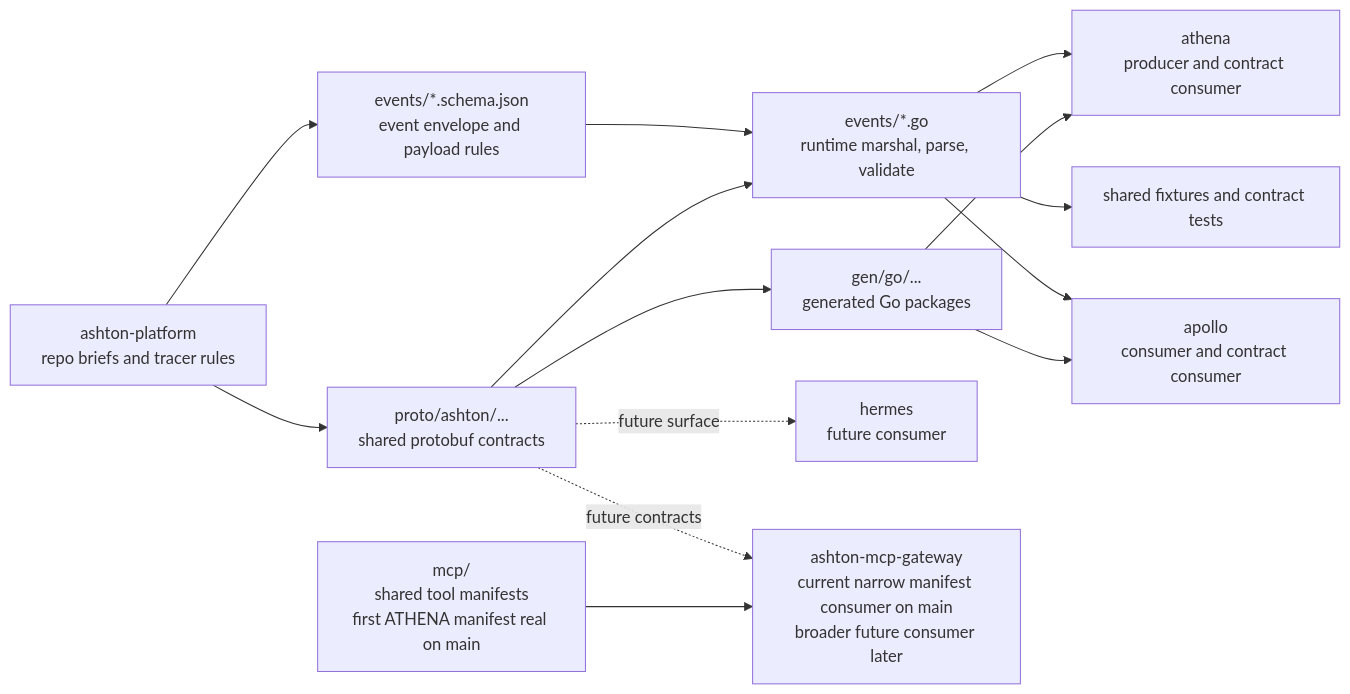
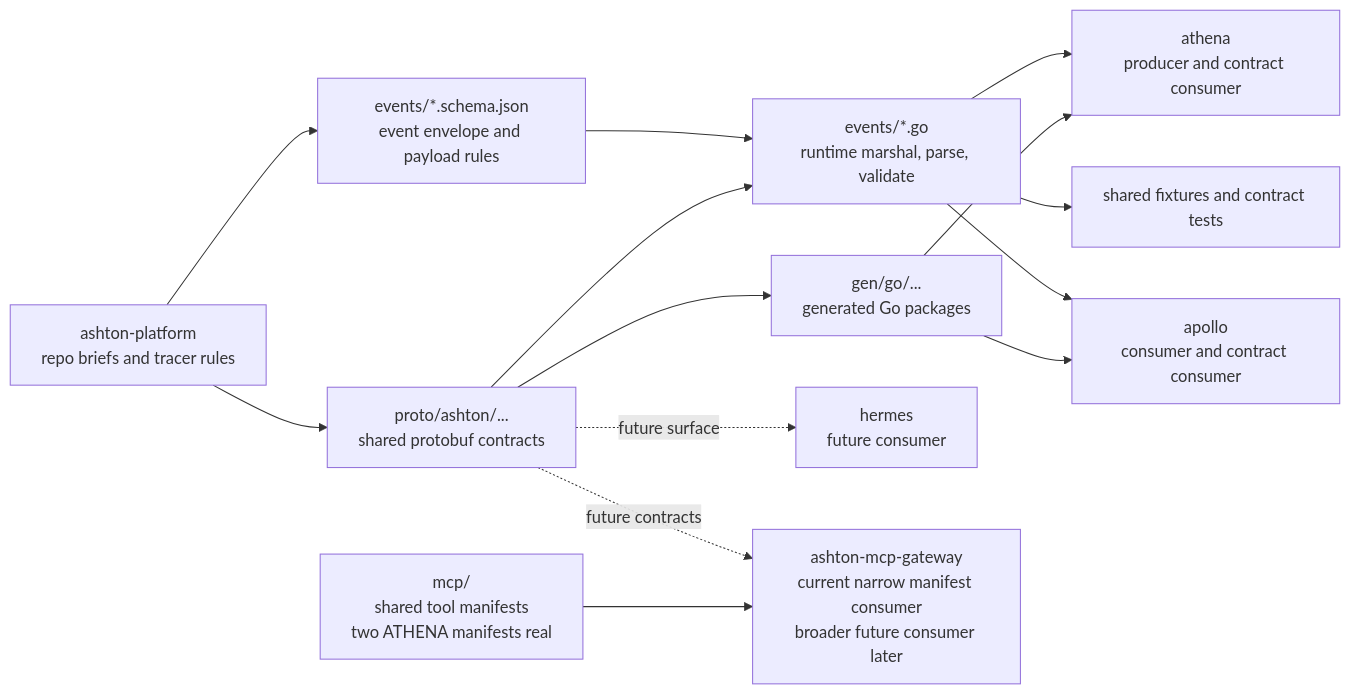
One commit to ixxet/ashton-proto changed the diagram in README.md. Above: the diagram before and after it, drawn with Mermaid. The commit also changed other lines of this file and 4 other files, not shown here.

Commit message:
proto: add zone occupancy gateway manifest

````diff
--- a/README.md
+++ b/README.md
@@ -50,28 +50,28 @@
 ```mermaid
 flowchart LR
   briefs["ashton-platform<br/>repo briefs and tracer rules"]
   proto["proto/ashton/...<br/>shared protobuf contracts"]
   schema["events/*.schema.json<br/>event envelope and payload rules"]
   helper["events/*.go<br/>runtime marshal, parse, validate"]
   gen["gen/go/...<br/>generated Go packages"]
   fixtures["shared fixtures and contract tests"]
-  mcp["mcp/<br/>shared tool manifests<br/>first ATHENA manifest real on main"]
+  mcp["mcp/<br/>shared tool manifests<br/>two ATHENA manifests real"]
   athena["athena<br/>producer and contract consumer"]
   apollo["apollo<br/>consumer and contract consumer"]
   hermes["hermes<br/>future consumer"]
-  gateway["ashton-mcp-gateway<br/>current narrow manifest consumer on main<br/>broader future consumer later"]
+  gateway["ashton-mcp-gateway<br/>current narrow manifest consumer<br/>broader future consumer later"]
 
   briefs --> proto
   briefs --> schema
   proto --> gen
   proto --> helper
   schema --> helper
   helper --> fixtures
   gen --> athena
   gen --> apollo
   helper --> athena
   helper --> apollo
   proto -. future surface .-> hermes
   mcp --> gateway
   proto -. future contracts .-> gateway
 ```
````
